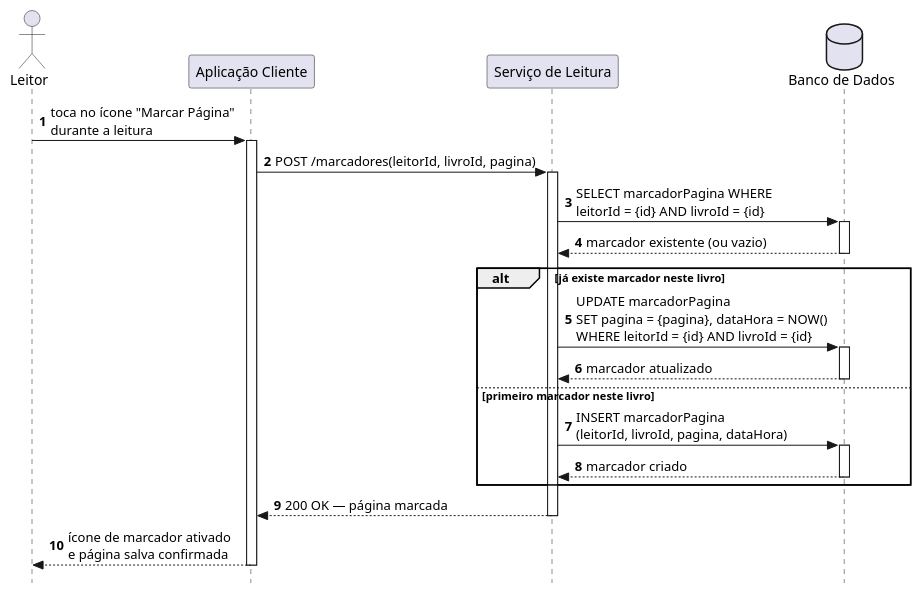
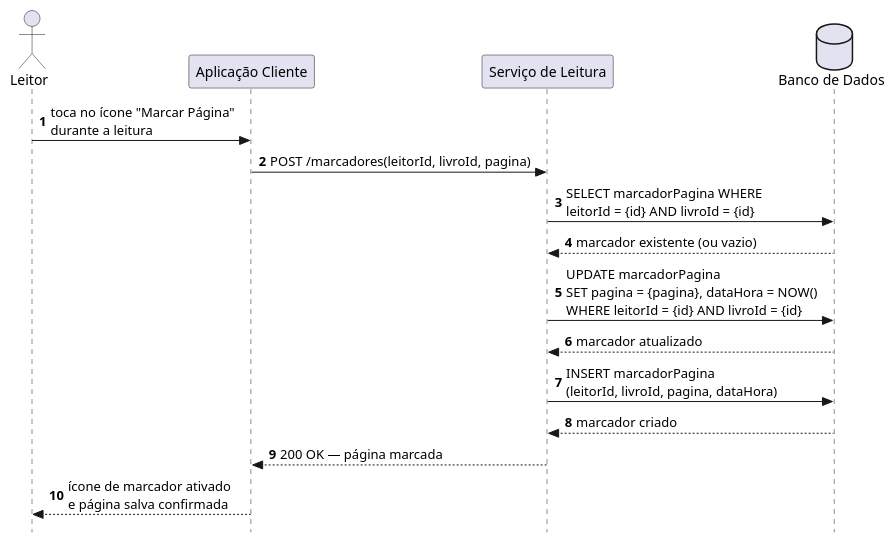
Before and after one commit to jalv21/iLib: the diagram in docs/codigo-plantuml/diagramas-comunicacao/leitura/dc-marcar_pagina.puml, drawn with PlantUML.

Commit message:
docs/criando diagrama de comunicação para marcar página

```diff
--- a/docs/codigo-plantuml/diagramas-comunicacao/leitura/dc-marcar_pagina.puml
+++ b/docs/codigo-plantuml/diagramas-comunicacao/leitura/dc-marcar_pagina.puml
@@ -1,39 +1,26 @@
-@startuml ds-marcar_pagina
+@startuml dc-marcar_pagina
 autonumber
 skinparam style strictuml
 
 actor Leitor as "Leitor"
 participant Client         as "Aplicação Cliente"
 participant ServiceLeitura as "Serviço de Leitura"
 database    BD             as "Banco de Dados"
 
 Leitor -> Client : toca no ícone "Marcar Página"\ndurante a leitura
-activate Client
 
 Client -> ServiceLeitura : POST /marcadores(leitorId, livroId, pagina)
-activate ServiceLeitura
 
 ServiceLeitura -> BD : SELECT marcadorPagina WHERE\nleitorId = {id} AND livroId = {id}
-activate BD
 BD --> ServiceLeitura : marcador existente (ou vazio)
-deactivate BD
 
-alt já existe marcador neste livro
-    ServiceLeitura -> BD : UPDATE marcadorPagina\nSET pagina = {pagina}, dataHora = NOW()\nWHERE leitorId = {id} AND livroId = {id}
-    activate BD
-    BD --> ServiceLeitura : marcador atualizado
-    deactivate BD
-else primeiro marcador neste livro
-    ServiceLeitura -> BD : INSERT marcadorPagina\n(leitorId, livroId, pagina, dataHora)
-    activate BD
-    BD --> ServiceLeitura : marcador criado
-    deactivate BD
-end
+ServiceLeitura -> BD : UPDATE marcadorPagina\nSET pagina = {pagina}, dataHora = NOW()\nWHERE leitorId = {id} AND livroId = {id}
+BD --> ServiceLeitura : marcador atualizado
+ServiceLeitura -> BD : INSERT marcadorPagina\n(leitorId, livroId, pagina, dataHora)
+BD --> ServiceLeitura : marcador criado
 
 ServiceLeitura --> Client : 200 OK — página marcada
-deactivate ServiceLeitura
 
 Client --> Leitor : ícone de marcador ativado\ne página salva confirmada
-deactivate Client
 
 @enduml
```
